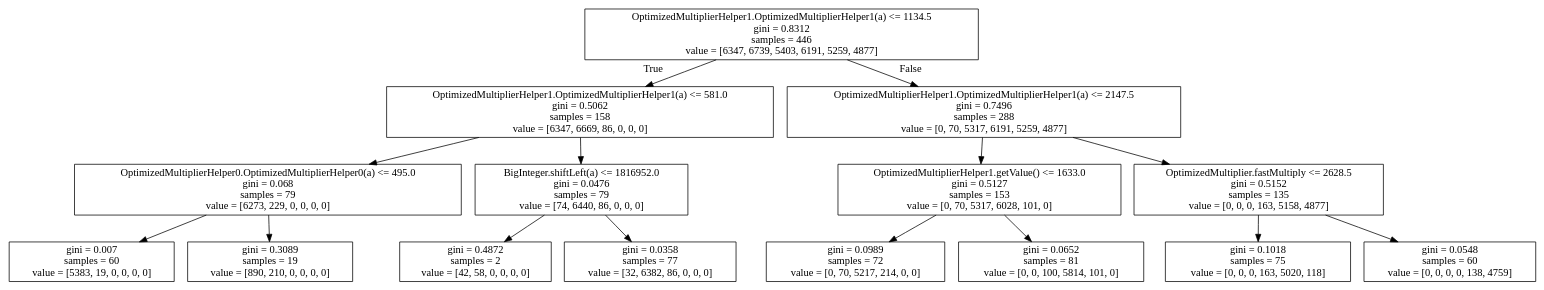
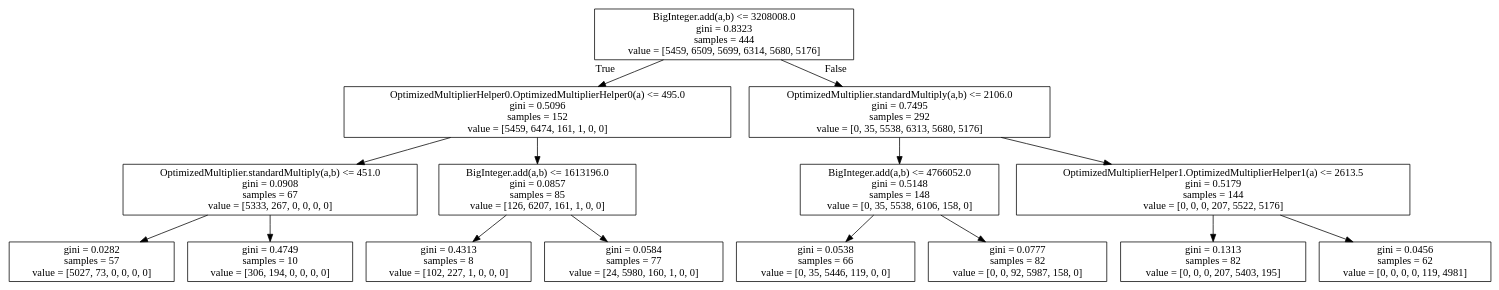
One commit to cuplv/Discriminer changed the diagram in Classification_results/cluster_result_data_gabfeed2_tree0.dot. Above: the diagram before and after it, drawn with Graphviz. The commit also changed 10 other files, not shown here.

```diff
--- a/Classification_results/cluster_result_data_gabfeed2_tree0.dot
+++ b/Classification_results/cluster_result_data_gabfeed2_tree0.dot
@@ -1,32 +1,32 @@
 digraph Tree {
 node [shape=box] ;
-0 [label="OptimizedMultiplierHelper1.OptimizedMultiplierHelper1(a) <= 1134.5\ngini = 0.8312\nsamples = 446\nvalue = [6347, 6739, 5403, 6191, 5259, 4877]"] ;
-1 [label="OptimizedMultiplierHelper1.OptimizedMultiplierHelper1(a) <= 581.0\ngini = 0.5062\nsamples = 158\nvalue = [6347, 6669, 86, 0, 0, 0]"] ;
+0 [label="BigInteger.add(a,b) <= 3208008.0\ngini = 0.8323\nsamples = 444\nvalue = [5459, 6509, 5699, 6314, 5680, 5176]"] ;
+1 [label="OptimizedMultiplierHelper0.OptimizedMultiplierHelper0(a) <= 495.0\ngini = 0.5096\nsamples = 152\nvalue = [5459, 6474, 161, 1, 0, 0]"] ;
 0 -> 1 [labeldistance=2.5, labelangle=45, headlabel="True"] ;
-2 [label="OptimizedMultiplierHelper0.OptimizedMultiplierHelper0(a) <= 495.0\ngini = 0.068\nsamples = 79\nvalue = [6273, 229, 0, 0, 0, 0]"] ;
+2 [label="OptimizedMultiplier.standardMultiply(a,b) <= 451.0\ngini = 0.0908\nsamples = 67\nvalue = [5333, 267, 0, 0, 0, 0]"] ;
 1 -> 2 ;
-3 [label="gini = 0.007\nsamples = 60\nvalue = [5383, 19, 0, 0, 0, 0]"] ;
+3 [label="gini = 0.0282\nsamples = 57\nvalue = [5027, 73, 0, 0, 0, 0]"] ;
 2 -> 3 ;
-4 [label="gini = 0.3089\nsamples = 19\nvalue = [890, 210, 0, 0, 0, 0]"] ;
+4 [label="gini = 0.4749\nsamples = 10\nvalue = [306, 194, 0, 0, 0, 0]"] ;
 2 -> 4 ;
-5 [label="BigInteger.shiftLeft(a) <= 1816952.0\ngini = 0.0476\nsamples = 79\nvalue = [74, 6440, 86, 0, 0, 0]"] ;
+5 [label="BigInteger.add(a,b) <= 1613196.0\ngini = 0.0857\nsamples = 85\nvalue = [126, 6207, 161, 1, 0, 0]"] ;
 1 -> 5 ;
-6 [label="gini = 0.4872\nsamples = 2\nvalue = [42, 58, 0, 0, 0, 0]"] ;
+6 [label="gini = 0.4313\nsamples = 8\nvalue = [102, 227, 1, 0, 0, 0]"] ;
 5 -> 6 ;
-7 [label="gini = 0.0358\nsamples = 77\nvalue = [32, 6382, 86, 0, 0, 0]"] ;
+7 [label="gini = 0.0584\nsamples = 77\nvalue = [24, 5980, 160, 1, 0, 0]"] ;
 5 -> 7 ;
-8 [label="OptimizedMultiplierHelper1.OptimizedMultiplierHelper1(a) <= 2147.5\ngini = 0.7496\nsamples = 288\nvalue = [0, 70, 5317, 6191, 5259, 4877]"] ;
+8 [label="OptimizedMultiplier.standardMultiply(a,b) <= 2106.0\ngini = 0.7495\nsamples = 292\nvalue = [0, 35, 5538, 6313, 5680, 5176]"] ;
 0 -> 8 [labeldistance=2.5, labelangle=-45, headlabel="False"] ;
-9 [label="OptimizedMultiplierHelper1.getValue() <= 1633.0\ngini = 0.5127\nsamples = 153\nvalue = [0, 70, 5317, 6028, 101, 0]"] ;
+9 [label="BigInteger.add(a,b) <= 4766052.0\ngini = 0.5148\nsamples = 148\nvalue = [0, 35, 5538, 6106, 158, 0]"] ;
 8 -> 9 ;
-10 [label="gini = 0.0989\nsamples = 72\nvalue = [0, 70, 5217, 214, 0, 0]"] ;
+10 [label="gini = 0.0538\nsamples = 66\nvalue = [0, 35, 5446, 119, 0, 0]"] ;
 9 -> 10 ;
-11 [label="gini = 0.0652\nsamples = 81\nvalue = [0, 0, 100, 5814, 101, 0]"] ;
+11 [label="gini = 0.0777\nsamples = 82\nvalue = [0, 0, 92, 5987, 158, 0]"] ;
 9 -> 11 ;
-12 [label="OptimizedMultiplier.fastMultiply <= 2628.5\ngini = 0.5152\nsamples = 135\nvalue = [0, 0, 0, 163, 5158, 4877]"] ;
+12 [label="OptimizedMultiplierHelper1.OptimizedMultiplierHelper1(a) <= 2613.5\ngini = 0.5179\nsamples = 144\nvalue = [0, 0, 0, 207, 5522, 5176]"] ;
 8 -> 12 ;
-13 [label="gini = 0.1018\nsamples = 75\nvalue = [0, 0, 0, 163, 5020, 118]"] ;
+13 [label="gini = 0.1313\nsamples = 82\nvalue = [0, 0, 0, 207, 5403, 195]"] ;
 12 -> 13 ;
-14 [label="gini = 0.0548\nsamples = 60\nvalue = [0, 0, 0, 0, 138, 4759]"] ;
+14 [label="gini = 0.0456\nsamples = 62\nvalue = [0, 0, 0, 0, 119, 4981]"] ;
 12 -> 14 ;
 }
```
